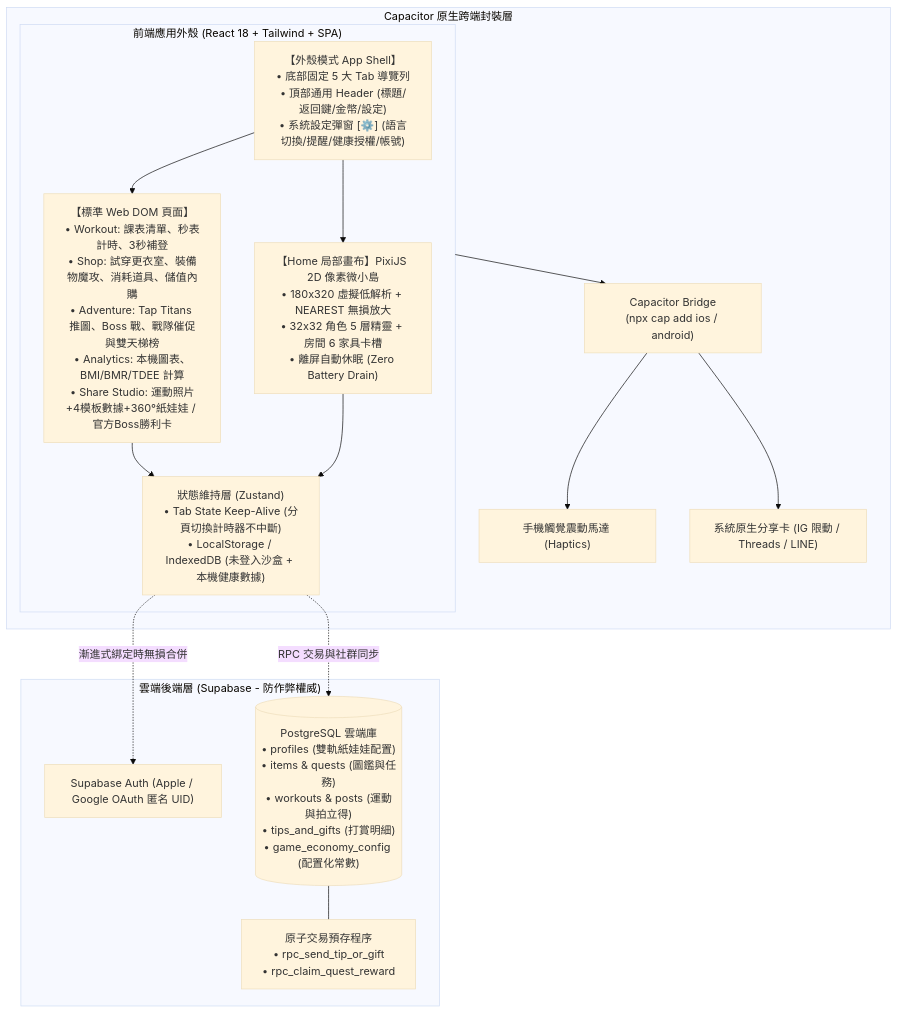
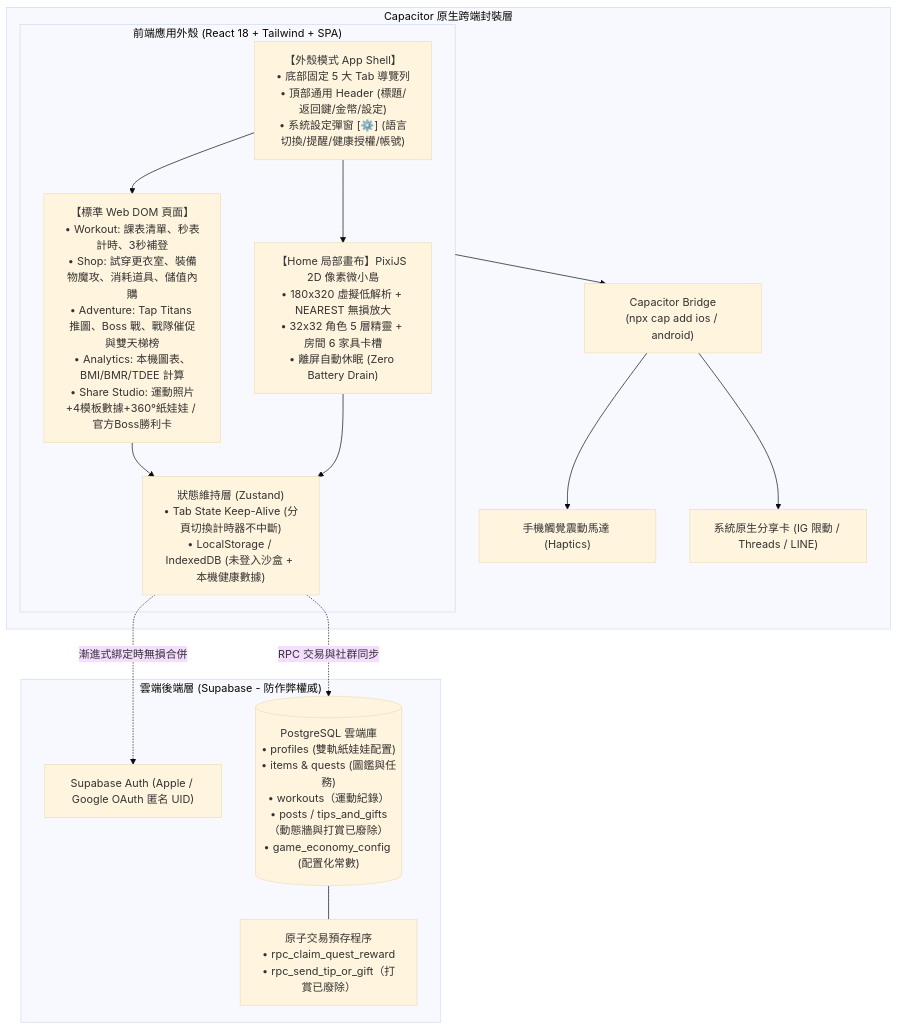
The diagram in llm-wiki/wiki/tech_architecture.md (yuchienw/Fitmon), drawn with Mermaid (base theme) before and after one commit. The commit also changed other lines of this file, not shown here.

````diff
--- a/llm-wiki/wiki/tech_architecture.md
+++ b/llm-wiki/wiki/tech_architecture.md
@@ -50,37 +50,37 @@
 ```mermaid
 flowchart TB
     subgraph Client ["前端應用外殼 (React 18 + Tailwind + SPA)"]
         AppShell["【外殼模式 App Shell】\n• 底部固定 5 大 Tab 導覽列\n• 頂部通用 Header (標題/返回鍵/金幣/設定)\n• 系統設定彈窗 [⚙️] (語言切換/提醒/健康授權/帳號)"]
         
         EmbeddedCanvas["【Home 局部畫布】PixiJS 2D 像素微小島\n• 180x320 虛擬低解析 + NEAREST 無損放大\n• 32x32 角色 5 層精靈 + 房間 6 家具卡槽\n• 離屏自動休眠 (Zero Battery Drain)"]
         
         DOMPages["【標準 Web DOM 頁面】\n• Workout: 課表清單、秒表計時、3秒補登\n• Shop: 試穿更衣室、裝備物魔攻、消耗道具、儲值內購\n• Adventure: Tap Titans 推圖、Boss 戰、戰隊催促與雙天梯榜\n• Analytics: 本機圖表、BMI/BMR/TDEE 計算\n• Share Studio: 運動照片+4模板數據+360°紙娃娃 / 官方Boss勝利卡"]
 
         StateLayer["狀態維持層 (Zustand)\n• Tab State Keep-Alive (分頁切換計時器不中斷)\n• LocalStorage / IndexedDB (未登入沙盒 + 本機健康數據)"]
 
         AppShell --> DOMPages
         AppShell --> EmbeddedCanvas
         DOMPages --> StateLayer
         EmbeddedCanvas --> StateLayer
     end
 
     subgraph NativeWrapper ["Capacitor 原生跨端封裝層"]
         Capacitor["Capacitor Bridge\n(npx cap add ios / android)"]
         Haptics["手機觸覺震動馬達 (Haptics)"]
         SharePlugin["系統原生分享卡 (IG 限動 / Threads / LINE)"]
         
         Client --> Capacitor
         Capacitor --> Haptics
         Capacitor --> SharePlugin
     end
 
     subgraph Cloud ["雲端後端層 (Supabase - 防作弊權威)"]
         Auth["Supabase Auth (Apple / Google OAuth 匿名 UID)"]
-        DB[("PostgreSQL 雲端庫\n• profiles (雙軌紙娃娃配置)\n• items & quests (圖鑑與任務)\n• workouts & posts (運動與拍立得)\n• tips_and_gifts (打賞明細)\n• game_economy_config (配置化常數)")]
-        RPC["原子交易預存程序\n• rpc_send_tip_or_gift\n• rpc_claim_quest_reward"]
+        DB[("PostgreSQL 雲端庫\n• profiles (雙軌紙娃娃配置)\n• items & quests (圖鑑與任務)\n• workouts（運動紀錄）\n• posts / tips_and_gifts（動態牆與打賞已廢除）\n• game_economy_config (配置化常數)")]
+        RPC["原子交易預存程序\n• rpc_claim_quest_reward\n• rpc_send_tip_or_gift（打賞已廢除）"]
 
         StateLayer -.->|"漸進式綁定時無損合併"| Auth
         StateLayer -.->|"RPC 交易與社群同步"| DB
         DB --- RPC
     end
 ```
````
